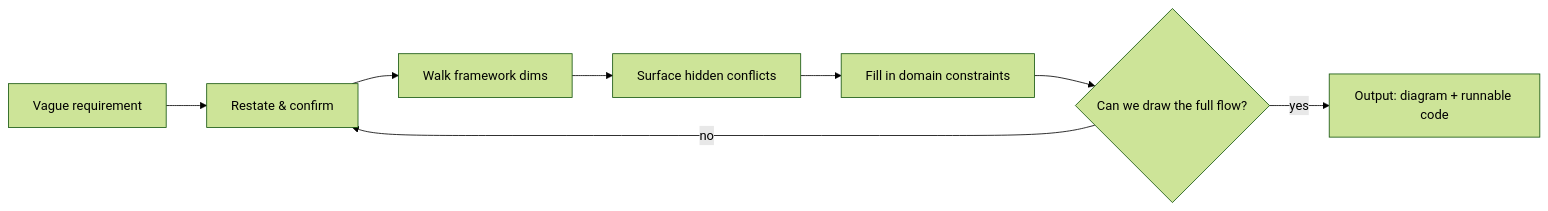
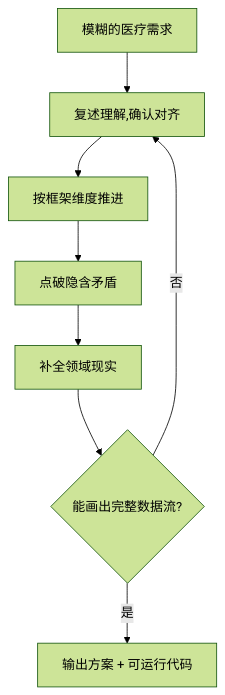
One commit to AIHongDOU/DoctorWhy changed the diagram in README.md. Above: the diagram before and after it, drawn with Mermaid (forest theme). The commit also changed other lines of this file, not shown here.

Commit message:
Back to Chinese README, replace workflow image with mermaid diagram

````diff
--- a/README.md
+++ b/README.md
@@ -68,10 +62,10 @@
 ```mermaid
-flowchart LR
-    A[Vague requirement] --> B[Restate & confirm]
-    B --> C[Walk framework dims]
-    C --> D[Surface hidden conflicts]
-    D --> E[Fill in domain constraints]
-    E --> F{Can we draw the full flow?}
-    F -- no --> B
-    F -- yes --> G[Output: diagram + runnable code]
+flowchart TD
+    A[模糊的医疗需求] --> B[复述理解,确认对齐]
+    B --> C[按框架维度推进]
+    C --> D[点破隐含矛盾]
+    D --> E[补全领域现实]
+    E --> F{能画出完整数据流?}
+    F -- 否 --> B
+    F -- 是 --> G[输出方案 + 可运行代码]
 ```
````
